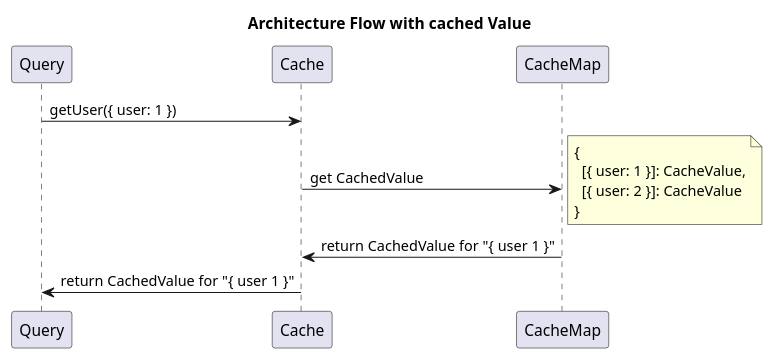
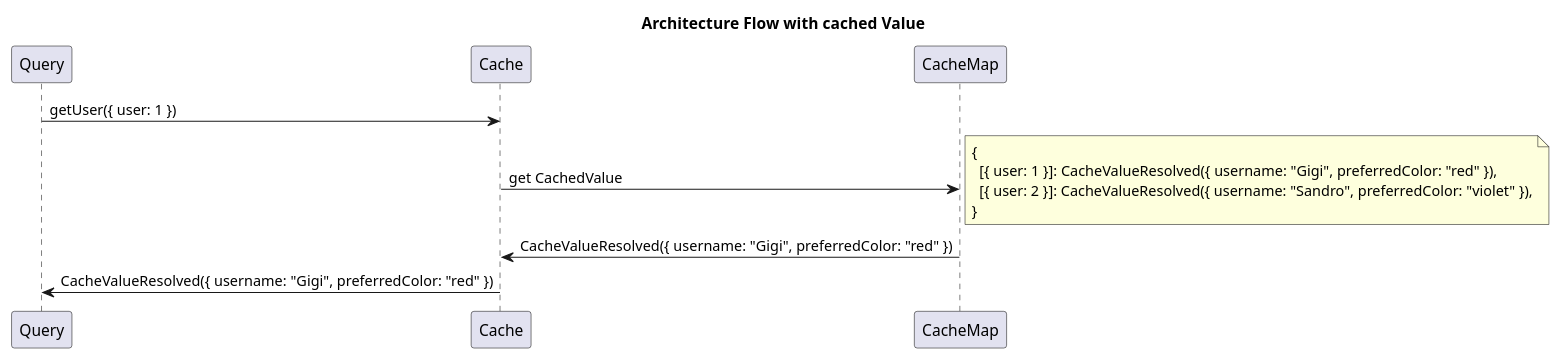
The diagram in docs/cachedValueFlow.puml (buildo/avenger), drawn with PlantUML before and after one commit. The commit also changed 3 other files, not shown here.

```diff
--- a/docs/cachedValueFlow.puml
+++ b/docs/cachedValueFlow.puml
@@ -1,21 +1,22 @@
 @startuml "Cached Value"
 
 title
 Architecture Flow with cached Value
 end title
+
 participant Query
 participant Cache
 participant CacheMap
 
 Query -> Cache : getUser({ user: 1 })
 Cache -> CacheMap : get CachedValue
 note right
 {
-  [{ user: 1 }]: CacheValue,
-  [{ user: 2 }]: CacheValue
+  [{ user: 1 }]: CacheValueResolved({ username: "Gigi", preferredColor: "red" }),
+  [{ user: 2 }]: CacheValueResolved({ username: "Sandro", preferredColor: "violet" }),
 }
 end note
-CacheMap -> Cache : return CachedValue for "{ user 1 }"
-Cache -> Query : return CachedValue for "{ user 1 }"
+CacheMap -> Cache : CacheValueResolved({ username: "Gigi", preferredColor: "red" })
+Cache -> Query : CacheValueResolved({ username: "Gigi", preferredColor: "red" })
 
 @enduml
```
